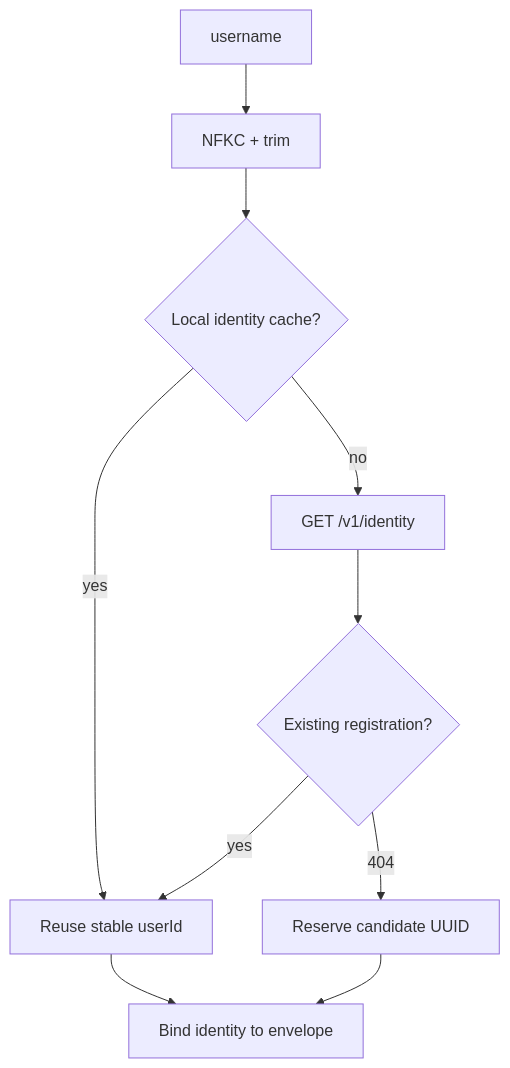
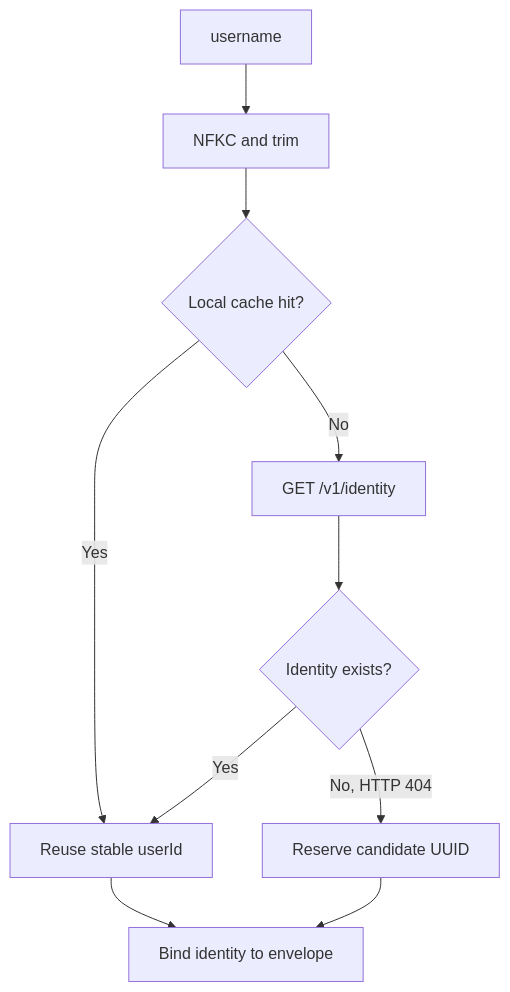
One commit to gitgotcha/my-chatgpt-mcp changed the tenth of 32 diagrams in README.md. Above: the diagram before and after it, drawn with Mermaid. The commit also changed other lines of this file, not shown here.

````diff
--- a/README.md
+++ b/README.md
@@ -920,33 +979,26 @@
 ```mermaid
 flowchart TD
 
-    NAME[username]
+    NAME["username"]
+    NORMALIZE["NFKC and trim"]
+    CACHE{"Local cache hit?"}
+    LOOKUP["GET /v1/identity"]
+    FOUND{"Identity exists?"}
+    EXISTING["Reuse stable userId"]
+    NEW["Reserve candidate UUID"]
+    BIND["Bind identity to envelope"]
 
-    NORM[NFKC + trim]
+    NAME --> NORMALIZE
+    NORMALIZE --> CACHE
 
-    CACHE{Local identity cache?}
-
-    LOOKUP[GET /v1/identity]
-
-    FOUND{Existing registration?}
-
-    EXISTING[Reuse stable userId]
-
-    NEW[Reserve candidate UUID]
-
-    BIND[Bind identity to envelope]
-
-    NAME --> NORM
-    NORM --> CACHE
-
-    CACHE -->|yes| EXISTING
-    CACHE -->|no| LOOKUP
+    CACHE -->|"Yes"| EXISTING
+    CACHE -->|"No"| LOOKUP
 
     LOOKUP --> FOUND
 
-    FOUND -->|yes| EXISTING
-    FOUND -->|404| NEW
+    FOUND -->|"Yes"| EXISTING
+    FOUND -->|"No, HTTP 404"| NEW
 
     EXISTING --> BIND
     NEW --> BIND
 ```
````
